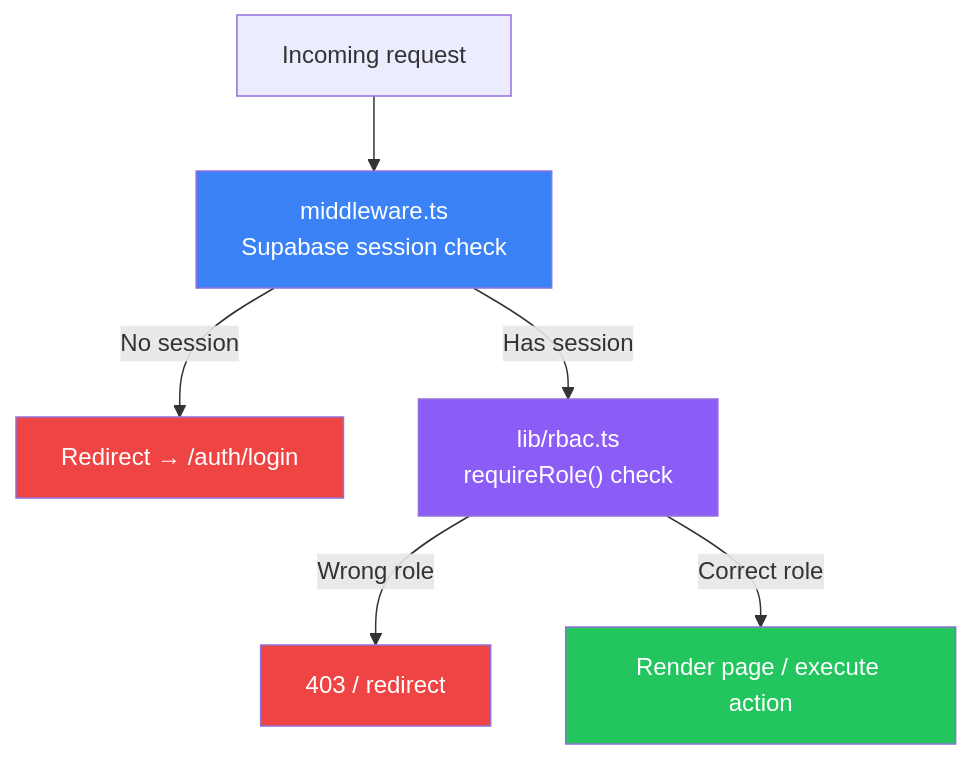
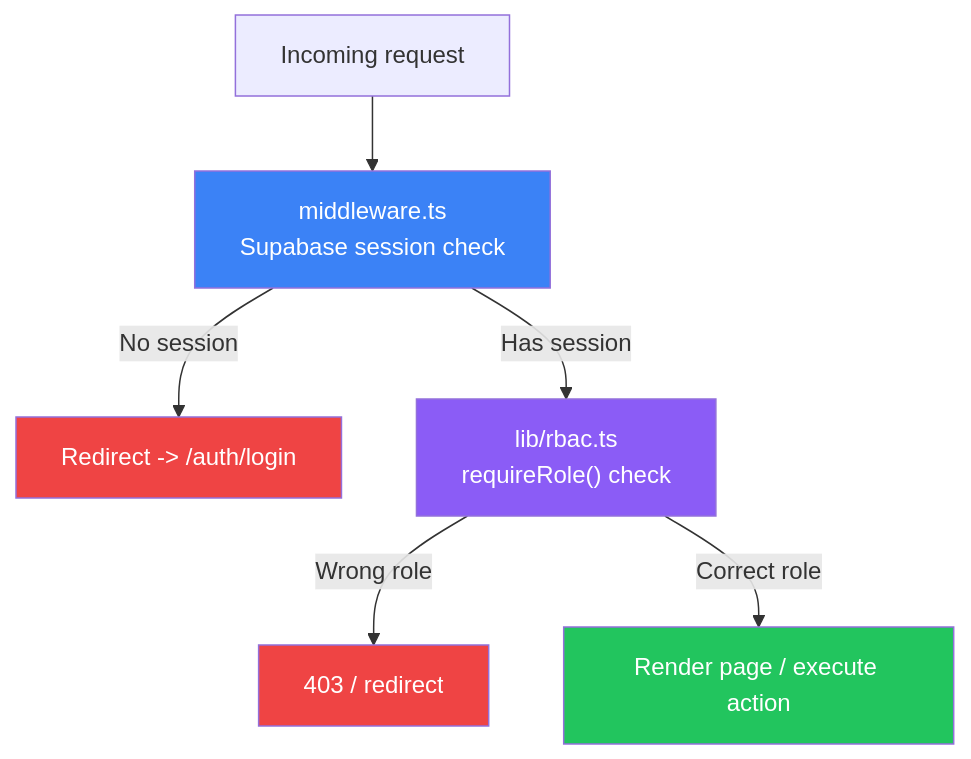
Before and after one commit to itslaks/SkillTest_AI: the second of 6 diagrams in docs/ARCHITECTURE.md, drawn with Mermaid. The commit also changed other lines of this file and 4 other files, not shown here.

````diff
--- a/docs/ARCHITECTURE.md
+++ b/docs/ARCHITECTURE.md
@@ -159,14 +159,14 @@
 ```mermaid
 flowchart TD
     Request["Incoming request"] --> MW["middleware.ts\nSupabase session check"]
-    MW -->|No session| Login["Redirect → /auth/login"]
+    MW -->|No session| Login["Redirect -> /auth/login"]
     MW -->|Has session| RBAC["lib/rbac.ts\nrequireRole() check"]
     RBAC -->|Wrong role| Denied["403 / redirect"]
     RBAC -->|Correct role| Page["Render page / execute action"]
 
     style MW fill:#3b82f6,color:#fff
     style RBAC fill:#8b5cf6,color:#fff
     style Login fill:#ef4444,color:#fff
     style Denied fill:#ef4444,color:#fff
     style Page fill:#22c55e,color:#fff
 ```
````
